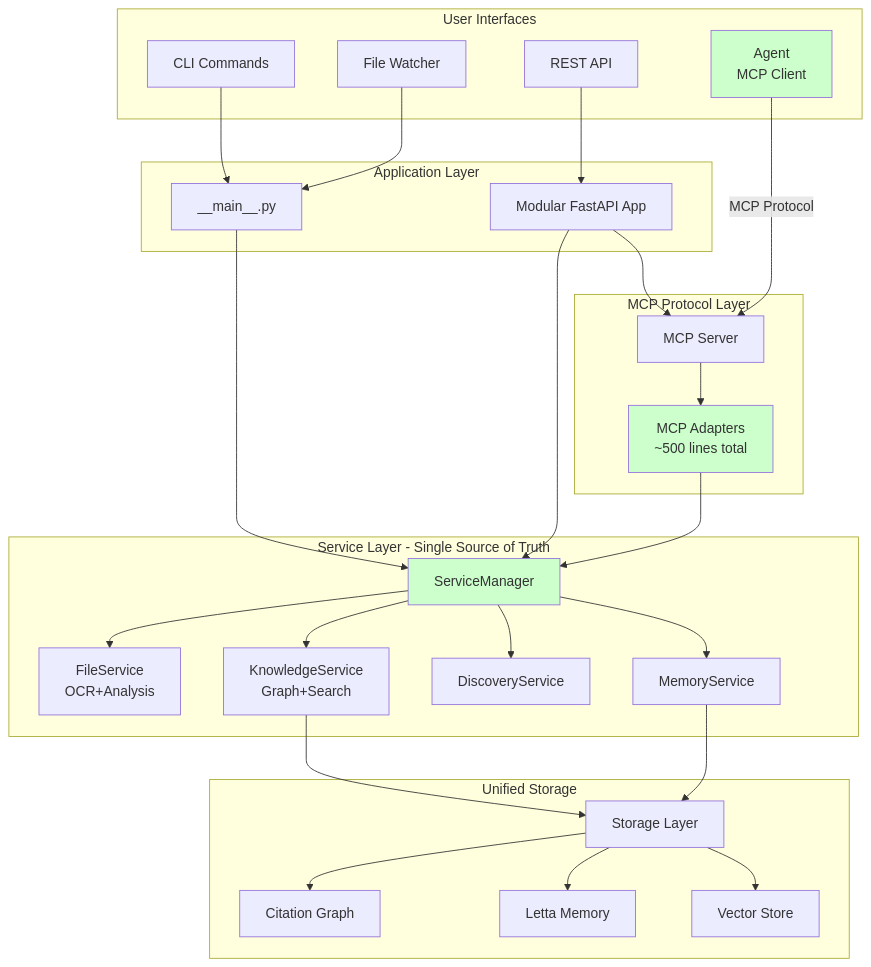
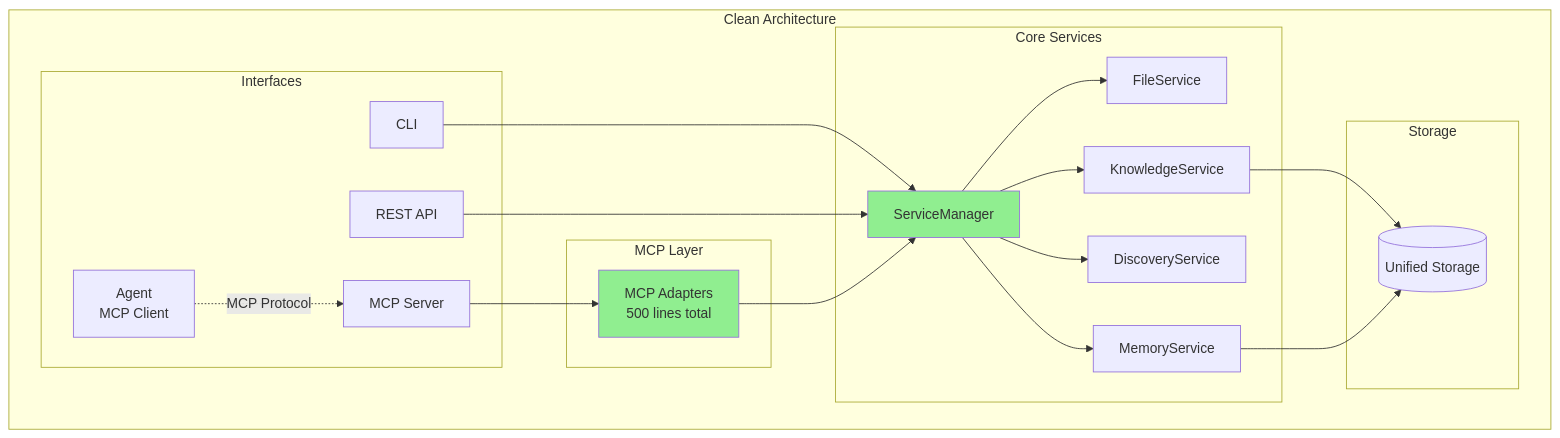
The second of 2 diagrams in planning/code_review_report.md (acertainKnight/project-thoth), drawn with Mermaid before and after one commit. The commit also changed other lines of this file, not shown here.

Commit message:
Refactor Thoth codebase: Create comprehensive architecture migration plan

````diff
--- a/planning/code_review_report.md
+++ b/planning/code_review_report.md
@@ -116,66 +98,37 @@
 ```mermaid
 graph TB
-    subgraph "User Interfaces"
-        CLI[CLI Commands]
-        Watch[File Watcher]
-        API[REST API]
-        Agent[Agent<br/>MCP Client]
+    subgraph "Clean Architecture"
+        subgraph "Interfaces"
+            CLI[CLI]
+            API[REST API]
+            MCP[MCP Server]
+            Agent[Agent<br/>MCP Client]
+        end
+
+        subgraph "Core Services"
+            SM[ServiceManager]
+            FS[FileService]
+            KS[KnowledgeService]
+            DS[DiscoveryService]
+            MS[MemoryService]
+        end
+
+        subgraph "MCP Layer"
+            MA[MCP Adapters<br/>500 lines total]
+        end
+
+        subgraph "Storage"
+            DB[(Unified Storage)]
+        end
+
+        CLI --> SM
+        API --> SM
+        MCP --> MA --> SM
+        Agent -.MCP Protocol.-> MCP
+        SM --> FS & KS & DS & MS
+        KS & MS --> DB
     end
 
-    subgraph "Application Layer"
-        Main[__main__.py]
-        App[Modular FastAPI App]
-    end
-
-    subgraph "MCP Protocol Layer"
-        MCPS[MCP Server]
-        MCPA[MCP Adapters<br/>~500 lines total]
-    end
-
-    subgraph "Service Layer - Single Source of Truth"
-        SM[ServiceManager]
-        FS[FileService<br/>OCR+Analysis]
-        KS[KnowledgeService<br/>Graph+Search]
-        DS[DiscoveryService]
-        MS[MemoryService]
-    end
-
-    subgraph "Unified Storage"
-        USG[Storage Layer]
-        CG[Citation Graph]
-        Letta[Letta Memory]
-        VS[Vector Store]
-    end
-
-    %% Clean connections
-    CLI --> Main
-    Watch --> Main
-    API --> App
-    
-    Main --> SM
-    App --> SM
-    App --> MCPS
-
-    %% MCP as universal protocol
-    MCPS --> MCPA
-    MCPA --> SM
-
-    %% Agent uses MCP
-    Agent -->|MCP Protocol| MCPS
-
-    %% Services to Storage
-    SM --> FS
-    SM --> KS
-    SM --> DS
-    SM --> MS
-    
-    KS --> USG
-    MS --> USG
-    USG --> CG
-    USG --> Letta
-    USG --> VS
-
-    style SM fill:#ccffcc
-    style MCPA fill:#ccffcc
-    style Agent fill:#ccffcc
+    style MA fill:#90EE90
+    style SM fill:#90EE90
 ```
````
